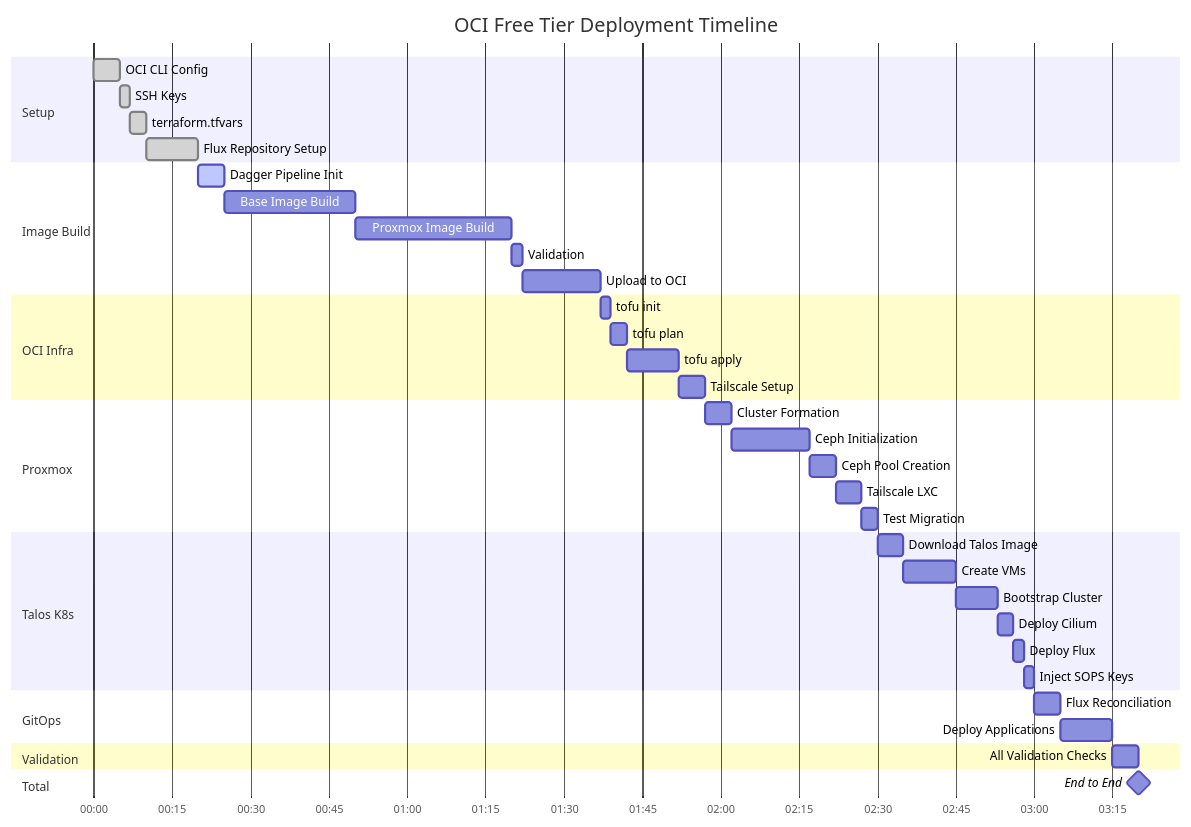
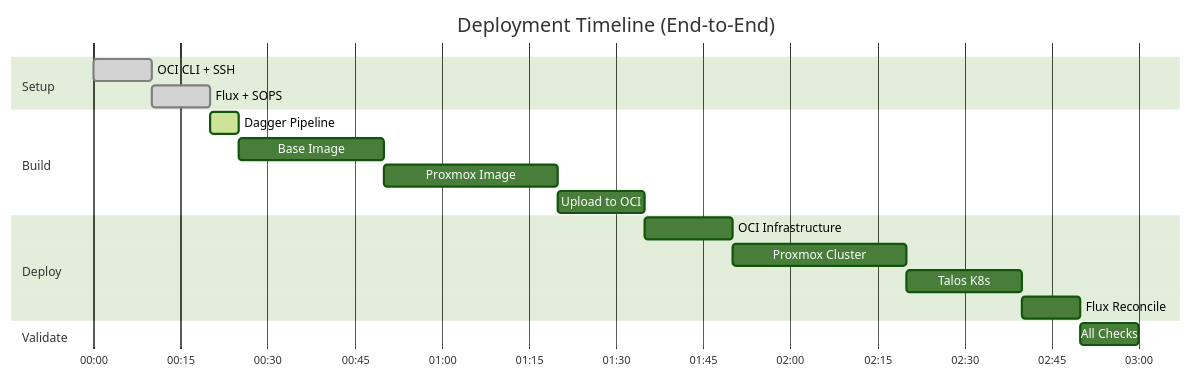
Before and after one commit to syscode-labs/oci-free-tier-manager: diagram 18 of 18 in docs/ARCHITECTURE-DIAGRAMS.md, drawn with Mermaid. The commit also changed other lines of this file and 1 other file, not shown here.

First line of the commit message:
refactor: redesign architecture diagrams for better readability

````diff
--- a/docs/ARCHITECTURE-DIAGRAMS.md
+++ b/docs/ARCHITECTURE-DIAGRAMS.md
@@ -965,50 +495,26 @@
 ```mermaid
+%%{init: {'theme':'forest'}}%%
 gantt
-    title OCI Free Tier Deployment Timeline
+    title Deployment Timeline (End-to-End)
     dateFormat HH:mm
     axisFormat %H:%M
     
     section Setup
-    OCI CLI Config         :done, setup1, 00:00, 5m
-    SSH Keys              :done, setup2, after setup1, 2m
-    terraform.tfvars      :done, setup3, after setup2, 3m
-    Flux Repository Setup :done, setup4, after setup3, 10m
+    OCI CLI + SSH        :done, 00:00, 10m
+    Flux + SOPS         :done, 00:10, 10m
     
-    section Image Build
-    Dagger Pipeline Init  :active, build1, after setup4, 5m
-    Base Image Build      :build2, after build1, 25m
-    Proxmox Image Build   :build3, after build2, 30m
-    Validation            :build4, after build3, 2m
-    Upload to OCI         :build5, after build4, 15m
+    section Build
+    Dagger Pipeline     :active, 00:20, 5m
+    Base Image          :00:25, 25m
+    Proxmox Image       :00:50, 30m
+    Upload to OCI       :01:20, 15m
     
-    section OCI Infra
-    tofu init             :deploy1, after build5, 2m
-    tofu plan             :deploy2, after deploy1, 3m
-    tofu apply            :deploy3, after deploy2, 10m
-    Tailscale Setup       :deploy4, after deploy3, 5m
+    section Deploy
+    OCI Infrastructure  :01:35, 15m
+    Proxmox Cluster     :01:50, 30m
+    Talos K8s           :02:20, 20m
+    Flux Reconcile      :02:40, 10m
     
-    section Proxmox
-    Cluster Formation     :prox1, after deploy4, 5m
-    Ceph Initialization   :prox2, after prox1, 15m
-    Ceph Pool Creation    :prox3, after prox2, 5m
-    Tailscale LXC         :prox4, after prox3, 5m
-    Test Migration        :prox5, after prox4, 3m
-    
-    section Talos K8s
-    Download Talos Image  :talos1, after prox5, 5m
-    Create VMs            :talos2, after talos1, 10m
-    Bootstrap Cluster     :talos3, after talos2, 8m
-    Deploy Cilium         :talos4, after talos3, 3m
-    Deploy Flux           :talos5, after talos4, 2m
-    Inject SOPS Keys      :talos6, after talos5, 2m
-    
-    section GitOps
-    Flux Reconciliation   :flux1, after talos6, 5m
-    Deploy Applications   :flux2, after flux1, 10m
-    
-    section Validation
-    All Validation Checks :valid1, after flux2, 5m
-    
-    section Total
-    End to End           :milestone, after valid1, 0m
+    section Validate
+    All Checks          :02:50, 10m
 ```
````
